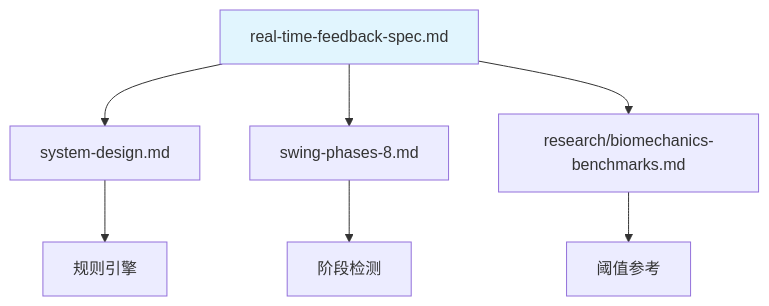
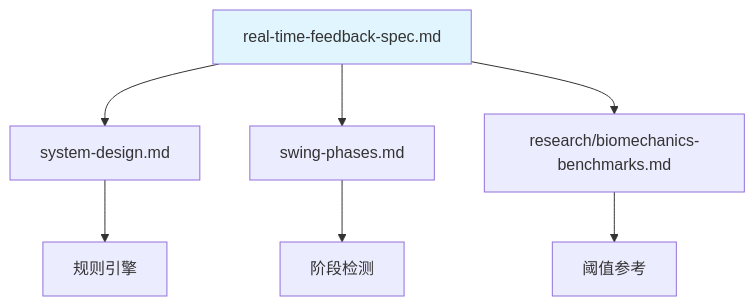
One commit to movement-chain-ai/movement-chain-docs changed the diagram in docs/zh/design/real-time-feedback-spec.md. Above: the diagram before and after it, drawn with Mermaid. The commit also changed other lines of this file and 13 other files, not shown here.

````diff
--- a/docs/zh/design/real-time-feedback-spec.md
+++ b/docs/zh/design/real-time-feedback-spec.md
@@ -556,12 +556,12 @@
 ```mermaid
 graph TD
     A[real-time-feedback-spec.md] --> B[system-design.md]
-    A --> C[swing-phases-8.md]
+    A --> C[swing-phases.md]
     A --> D[research/biomechanics-benchmarks.md]
 
     B --> E[规则引擎]
     C --> F[阶段检测]
     D --> G[阈值参考]
 
     style A fill:#e1f5fe
 ```
````
